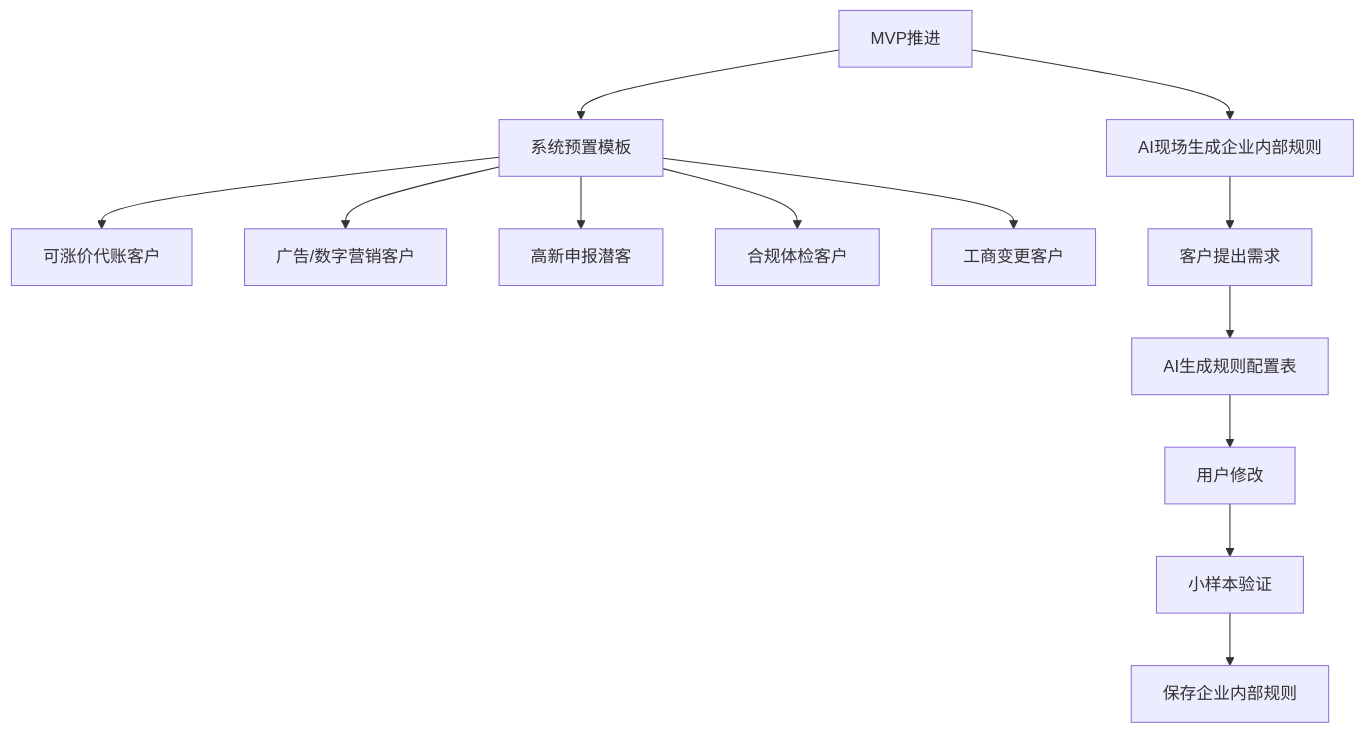
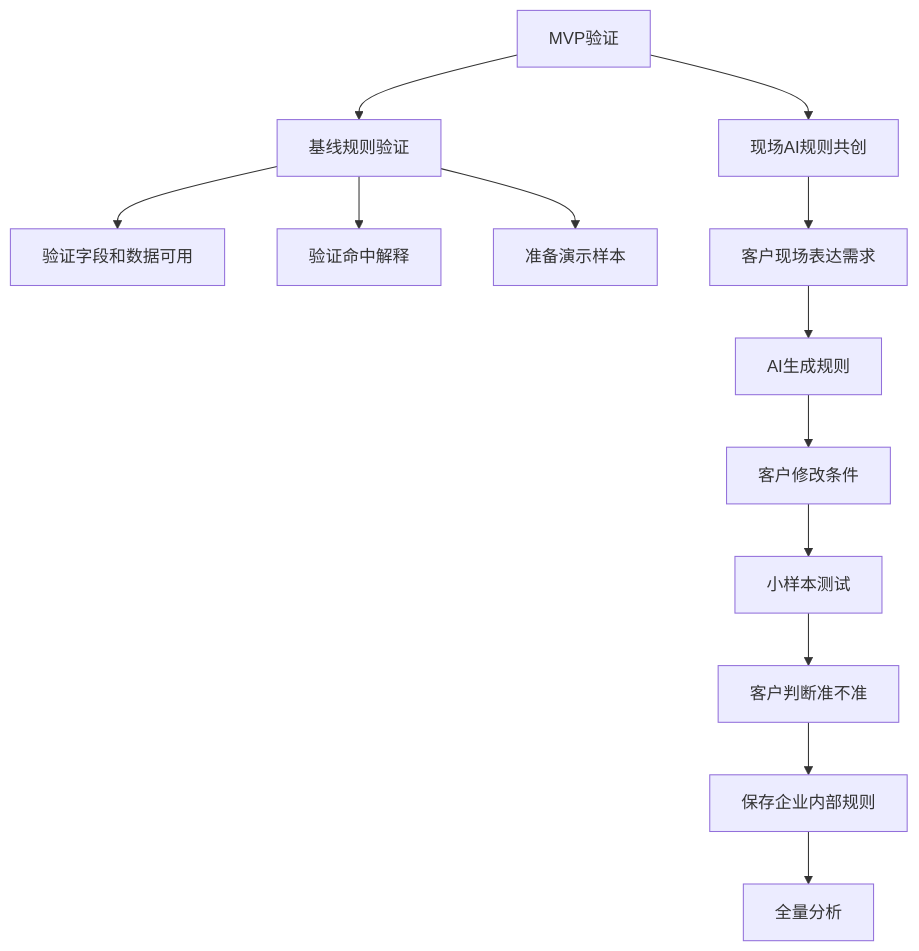
One commit to cat0141/AI-consultant changed the third of 3 diagrams in docs/product-planning/ai-growth-os-leadership-report.md. Above: the diagram before and after it, drawn with Mermaid. The commit also changed other lines of this file, not shown here.

````diff
--- a/docs/product-planning/ai-growth-os-leadership-report.md
+++ b/docs/product-planning/ai-growth-os-leadership-report.md
@@ -558,17 +466,17 @@
 ```mermaid
 flowchart TB
-    A[MVP推进] --> B[系统预置模板]
-    A --> C[AI现场生成企业内部规则]
+    A[MVP验证] --> B[基线规则验证]
+    A --> C[现场AI规则共创]
 
-    B --> B1[可涨价代账客户]
-    B --> B2[广告/数字营销客户]
-    B --> B3[高新申报潜客]
-    B --> B4[合规体检客户]
-    B --> B5[工商变更客户]
+    B --> B1[验证字段和数据可用]
+    B --> B2[验证命中解释]
+    B --> B3[准备演示样本]
 
-    C --> C1[客户提出需求]
-    C1 --> C2[AI生成规则配置表]
-    C2 --> C3[用户修改]
-    C3 --> C4[小样本验证]
-    C4 --> C5[保存企业内部规则]
+    C --> C1[客户现场表达需求]
+    C1 --> C2[AI生成规则]
+    C2 --> C3[客户修改条件]
+    C3 --> C4[小样本测试]
+    C4 --> C5[客户判断准不准]
+    C5 --> C6[保存企业内部规则]
+    C6 --> C7[全量分析]
 ```
````
